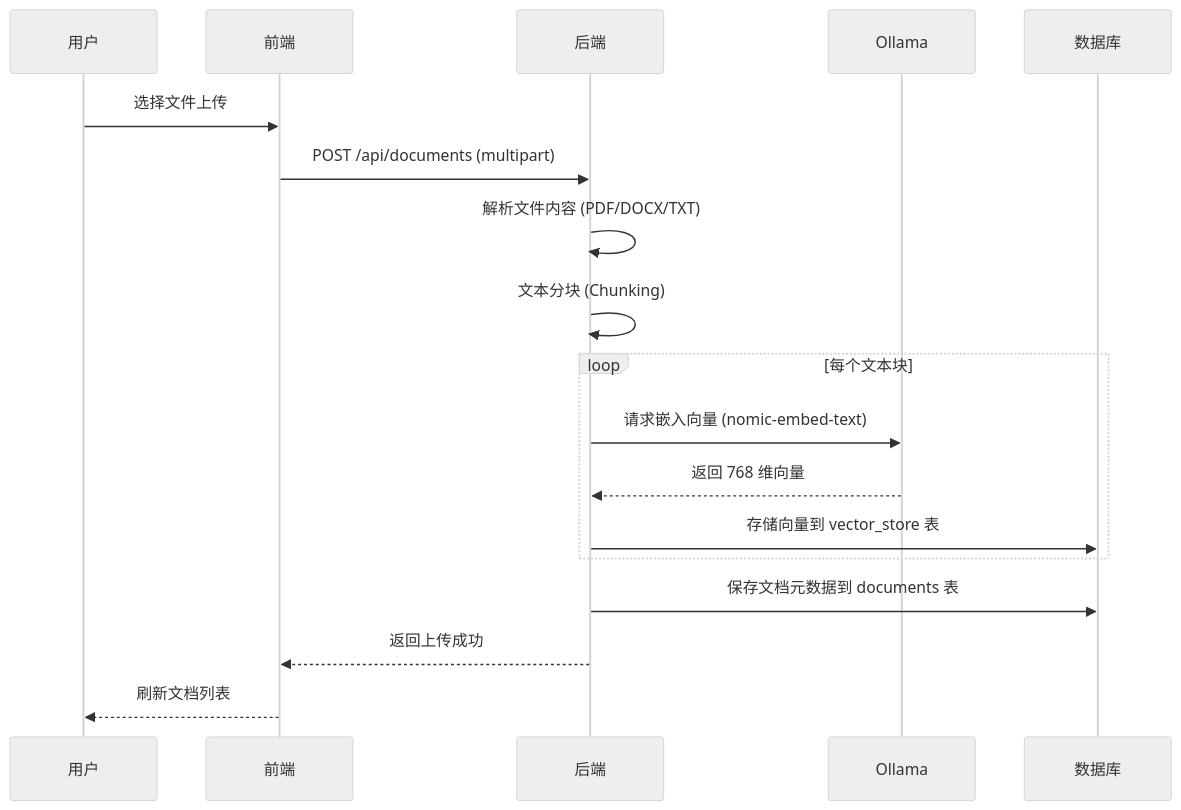
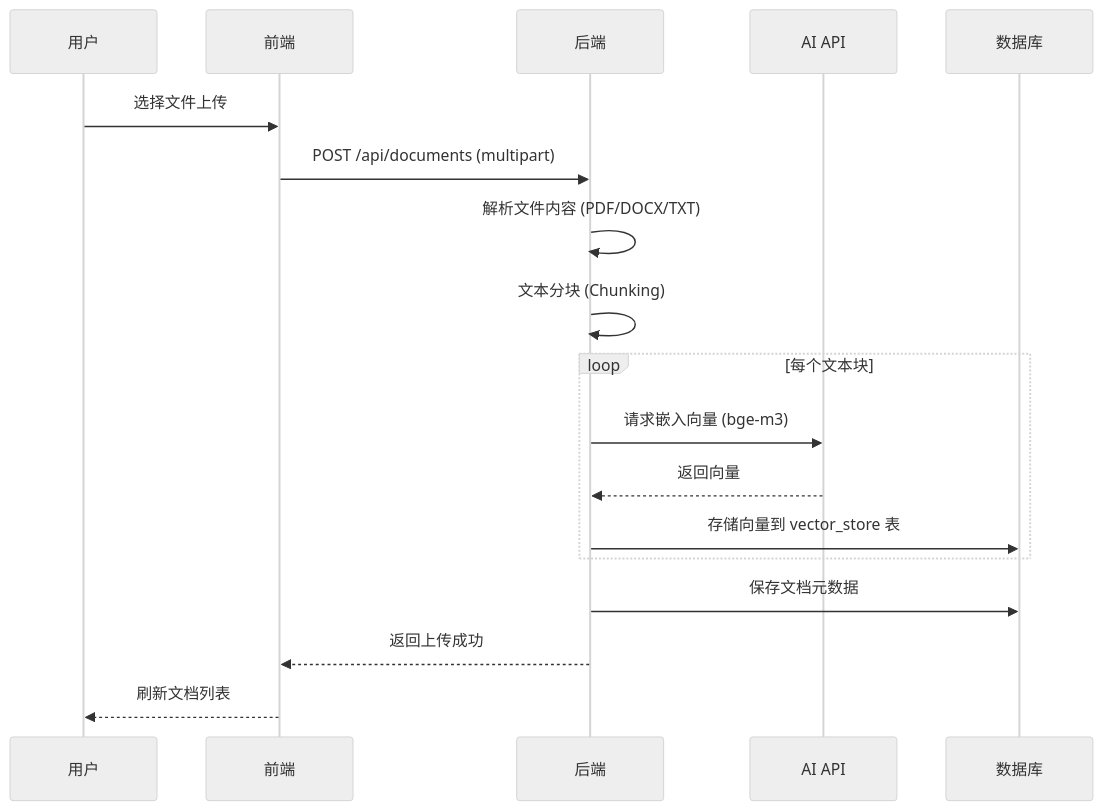
The third of 5 diagrams in docs/系统架构图.md (ZhangYN1203/rag-knowledge-base), drawn with Mermaid (neutral theme) before and after one commit. The commit also changed other lines of this file and 48 other files, not shown here.

````diff
--- a/docs/系统架构图.md
+++ b/docs/系统架构图.md
@@ -105,21 +100,21 @@
 ```mermaid
 sequenceDiagram
     participant U as 用户
     participant F as 前端
     participant B as 后端
-    participant O as Ollama
+    participant AI as AI API
     participant DB as 数据库
 
     U->>F: 选择文件上传
     F->>B: POST /api/documents (multipart)
     B->>B: 解析文件内容 (PDF/DOCX/TXT)
     B->>B: 文本分块 (Chunking)
     loop 每个文本块
-        B->>O: 请求嵌入向量 (nomic-embed-text)
-        O-->>B: 返回 768 维向量
+        B->>AI: 请求嵌入向量 (bge-m3)
+        AI-->>B: 返回向量
         B->>DB: 存储向量到 vector_store 表
     end
-    B->>DB: 保存文档元数据到 documents 表
+    B->>DB: 保存文档元数据
     B-->>F: 返回上传成功
     F-->>U: 刷新文档列表
 ```
````
